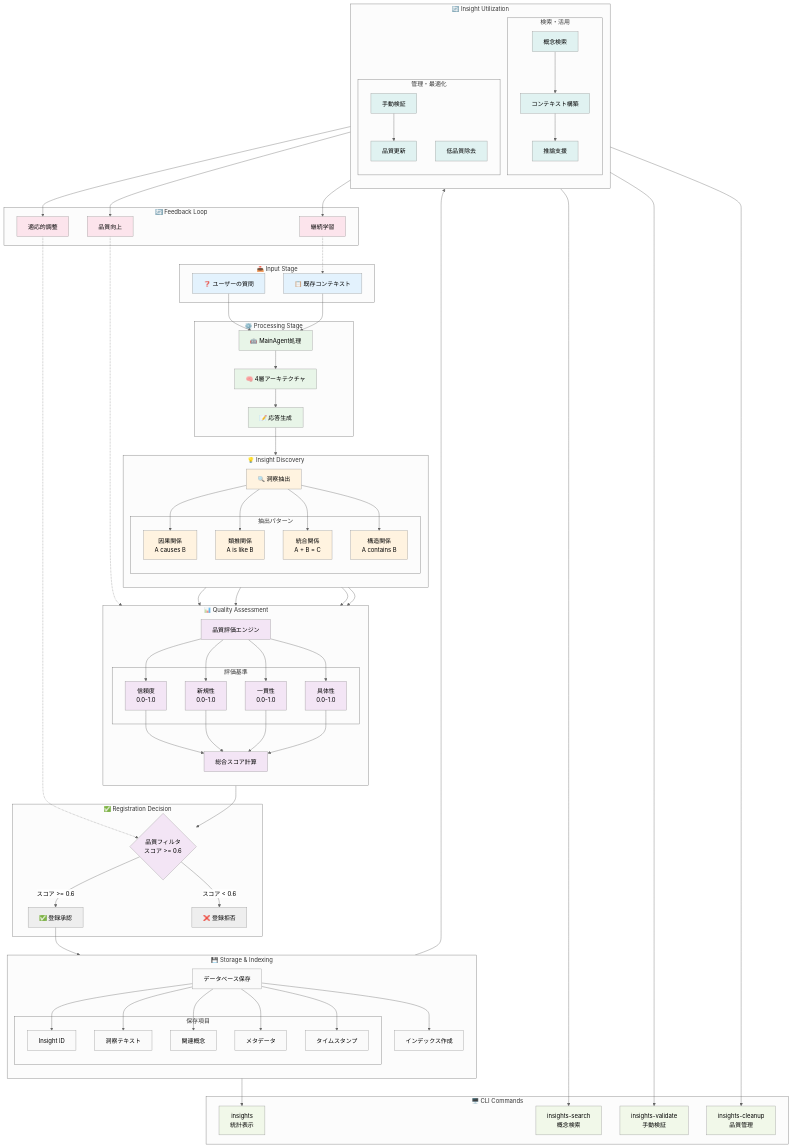
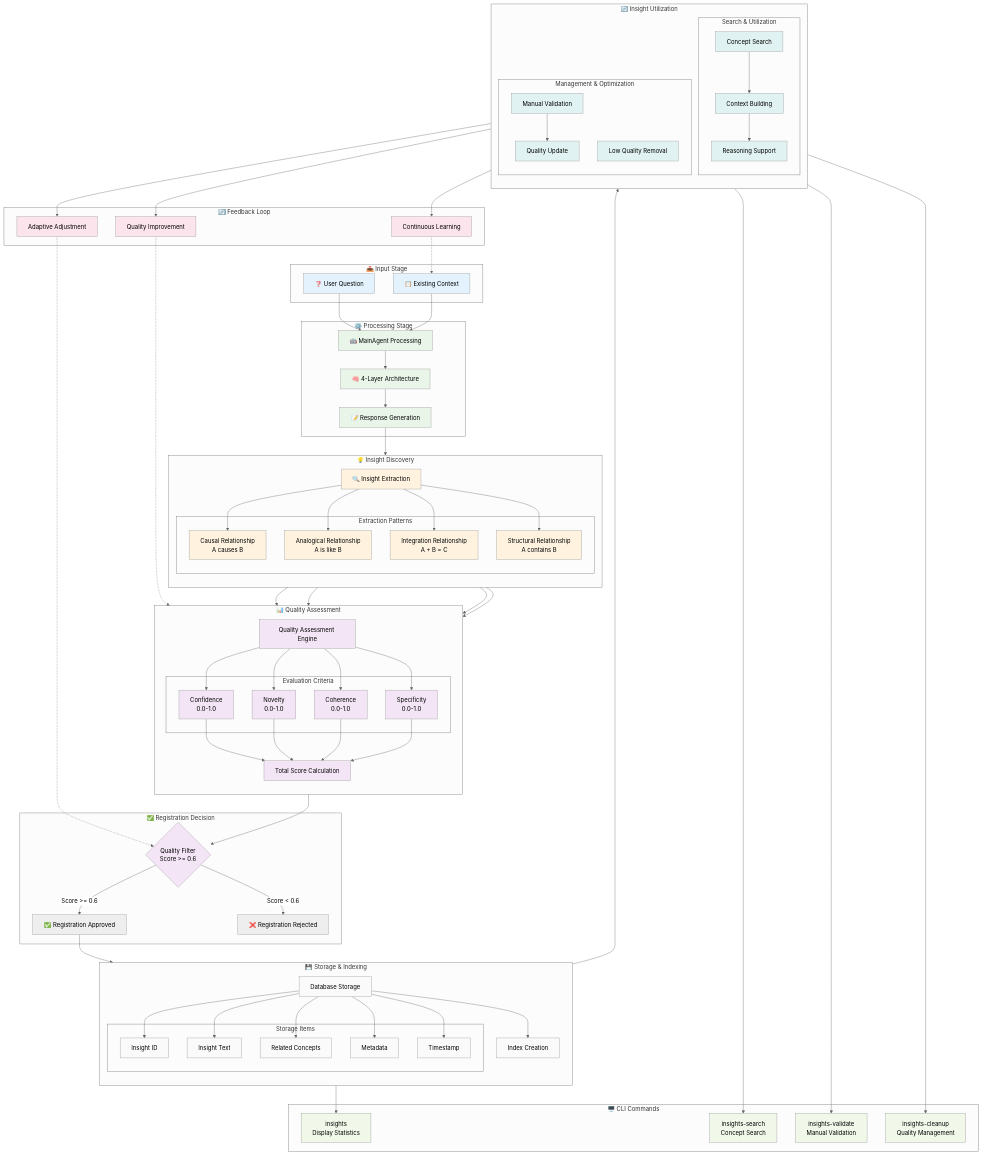
Before and after one commit to miyauchikazuyoshi/InsightSpike-AI: the diagram in docs/diagrams/INSIGHT_LIFECYCLE.mermaid, drawn with Mermaid (neutral theme). The commit also changed 140 other files, not shown here.

First line of the commit message:
feat: Update documentation and improve code quality

```diff
--- a/docs/diagrams/INSIGHT_LIFECYCLE.mermaid
+++ b/docs/diagrams/INSIGHT_LIFECYCLE.mermaid
@@ -1,174 +1,174 @@
 %% Insight Lifecycle Flow
-%% 洞察の発見から活用までのライフサイクル
+%% Lifecycle from insight discovery to utilization
 
 flowchart TD
     %% Input Stage
     subgraph "📥 Input Stage"
-        Question[❓ ユーザーの質問]
-        Context[📋 既存コンテキスト]
+        Question[❓ User Question]
+        Context[📋 Existing Context]
     end
     
     %% Processing Stage
     subgraph "⚙️ Processing Stage"
-        Agent[🤖 MainAgent処理]
-        Layers[🧠 4層アーキテクチャ]
-        Response[📝 応答生成]
+        Agent[🤖 MainAgent Processing]
+        Layers[🧠 4-Layer Architecture]
+        Response[📝 Response Generation]
     end
     
     %% Insight Discovery
     subgraph "💡 Insight Discovery"
         direction TB
-        Extract[🔍 洞察抽出]
+        Extract[🔍 Insight Extraction]
         
-        subgraph "抽出パターン"
-            Pattern1[因果関係<br/>A causes B]
-            Pattern2[類推関係<br/>A is like B]
-            Pattern3[統合関係<br/>A + B = C]
-            Pattern4[構造関係<br/>A contains B]
+        subgraph "Extraction Patterns"
+            Pattern1[Causal Relationship<br/>A causes B]
+            Pattern2[Analogical Relationship<br/>A is like B]
+            Pattern3[Integration Relationship<br/>A + B = C]
+            Pattern4[Structural Relationship<br/>A contains B]
         end
         
         Extract --> Pattern1
         Extract --> Pattern2
         Extract --> Pattern3
         Extract --> Pattern4
     end
     
     %% Quality Assessment
     subgraph "📊 Quality Assessment"
         direction TB
-        Evaluate[品質評価エンジン]
+        Evaluate[Quality Assessment Engine]
         
-        subgraph "評価基準"
-            Conf[信頼度<br/>0.0-1.0]
-            Novel[新規性<br/>0.0-1.0]
-            Coher[一貫性<br/>0.0-1.0]
-            Spec[具体性<br/>0.0-1.0]
+        subgraph "Evaluation Criteria"
+            Conf[Confidence<br/>0.0-1.0]
+            Novel[Novelty<br/>0.0-1.0]
+            Coher[Coherence<br/>0.0-1.0]
+            Spec[Specificity<br/>0.0-1.0]
         end
         
         Evaluate --> Conf
         Evaluate --> Novel
         Evaluate --> Coher
         Evaluate --> Spec
         
-        Score[総合スコア計算]
+        Score[Total Score Calculation]
         Conf --> Score
         Novel --> Score
         Coher --> Score
         Spec --> Score
     end
     
     %% Registration Decision
     subgraph "✅ Registration Decision"
-        Filter{品質フィルタ<br/>スコア >= 0.6}
-        Accept[✅ 登録承認]
-        Reject[❌ 登録拒否]
+        Filter{Quality Filter<br/>Score >= 0.6}
+        Accept[✅ Registration Approved]
+        Reject[❌ Registration Rejected]
     end
     
     %% Storage & Indexing
     subgraph "💾 Storage & Indexing"
         direction TB
-        Store[データベース保存]
-        Index[インデックス作成]
+        Store[Database Storage]
+        Index[Index Creation]
         
-        subgraph "保存項目"
+        subgraph "Storage Items"
             ID[Insight ID]
-            Text[洞察テキスト]
-            Concepts[関連概念]
-            Meta[メタデータ]
-            Timestamp[タイムスタンプ]
+            Text[Insight Text]
+            Concepts[Related Concepts]
+            Meta[Metadata]
+            Timestamp[Timestamp]
         end
         
         Store --> ID
         Store --> Text
         Store --> Concepts
         Store --> Meta
         Store --> Timestamp
     end
     
     %% Insight Utilization
     subgraph "🔄 Insight Utilization"
         direction TB
         
-        subgraph "検索・活用"
-            Search[概念検索]
-            Context_Build[コンテキスト構築]
-            Reasoning[推論支援]
+        subgraph "Search & Utilization"
+            Search[Concept Search]
+            Context_Build[Context Building]
+            Reasoning[Reasoning Support]
         end
         
-        subgraph "管理・最適化"
-            Validate[手動検証]
-            Update[品質更新]
-            Cleanup[低品質除去]
+        subgraph "Management & Optimization"
+            Validate[Manual Validation]
+            Update[Quality Update]
+            Cleanup[Low Quality Removal]
         end
     end
     
     %% Feedback Loop
     subgraph "🔄 Feedback Loop"
-        Learn[継続学習]
-        Improve[品質向上]
-        Adapt[適応的調整]
+        Learn[Continuous Learning]
+        Improve[Quality Improvement]
+        Adapt[Adaptive Adjustment]
     end
     
     %% Flow Connections
     Question --> Agent
     Context --> Agent
     Agent --> Layers
     Layers --> Response
     Response --> Extract
     
     Pattern1 --> Evaluate
     Pattern2 --> Evaluate
     Pattern3 --> Evaluate
     Pattern4 --> Evaluate
     
     Score --> Filter
-    Filter -->|スコア >= 0.6| Accept
-    Filter -->|スコア < 0.6| Reject
+    Filter -->|Score >= 0.6| Accept
+    Filter -->|Score < 0.6| Reject
     
     Accept --> Store
     Store --> Index
     Index --> Search
     
     Search --> Context_Build
     Context_Build --> Reasoning
     Reasoning --> Learn
     
     Validate --> Update
     Update --> Improve
     Cleanup --> Adapt
     
     Learn -.-> Context
     Improve -.-> Evaluate
     Adapt -.-> Filter
     
     %% CLI Commands Integration
     subgraph "🖥️ CLI Commands"
-        CMD1[insights<br/>統計表示]
-        CMD2[insights-search<br/>概念検索]
-        CMD3[insights-validate<br/>手動検証]
-        CMD4[insights-cleanup<br/>品質管理]
+        CMD1[insights<br/>Display Statistics]
+        CMD2[insights-search<br/>Concept Search]
+        CMD3[insights-validate<br/>Manual Validation]
+        CMD4[insights-cleanup<br/>Quality Management]
     end
     
     Index --> CMD1
     Search --> CMD2
     Validate --> CMD3
     Cleanup --> CMD4
     
     %% Styling
     classDef input fill:#e3f2fd
     classDef process fill:#e8f5e8
     classDef discovery fill:#fff3e0
     classDef quality fill:#f3e5f5
     classDef storage fill:#fafafa
     classDef utilization fill:#e0f2f1
     classDef feedback fill:#fce4ec
     classDef cli fill:#f1f8e9
     
     class Question,Context input
     class Agent,QT,Layers,Response process
     class Extract,Pattern1,Pattern2,Pattern3,Pattern4 discovery
     class Evaluate,Conf,Novel,Coher,Spec,Score,Filter quality
     class Store,Index,ID,Text,Concepts,Meta,Timestamp storage
     class Search,Context_Build,Reasoning,Validate,Update,Cleanup utilization
     class Learn,Improve,Adapt feedback
     class CMD1,CMD2,CMD3,CMD4 cli
```
